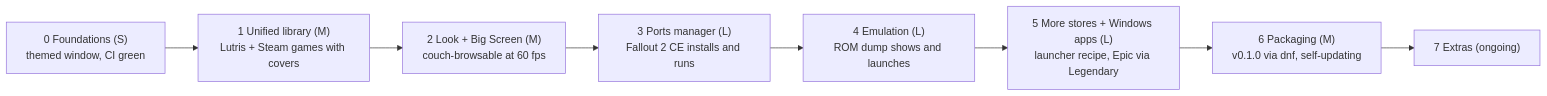
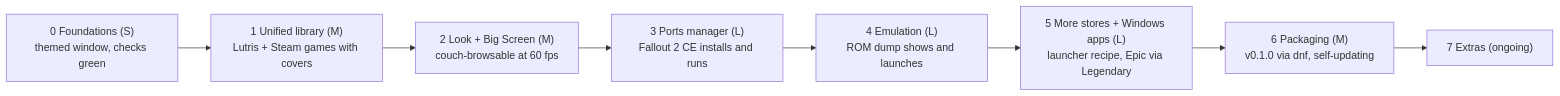
One commit to artsiom-tsaryonau/Marquee changed the second of 2 diagrams in docs/ROADMAP.md. Above: the diagram before and after it, drawn with Mermaid. The commit also changed other lines of this file and 5 other files, not shown here.

````diff
--- a/docs/ROADMAP.md
+++ b/docs/ROADMAP.md
@@ -373,10 +390,10 @@
 ```mermaid
 flowchart LR
-  P0["0 Foundations (S)<br/>themed window, CI green"] --> P1["1 Unified library (M)<br/>Lutris + Steam games with covers"]
+  P0["0 Foundations (S)<br/>themed window, checks green"] --> P1["1 Unified library (M)<br/>Lutris + Steam games with covers"]
   P1 --> P2["2 Look + Big Screen (M)<br/>couch-browsable at 60 fps"]
   P2 --> P3["3 Ports manager (L)<br/>Fallout 2 CE installs and runs"]
   P3 --> P4["4 Emulation (L)<br/>ROM dump shows and launches"]
   P4 --> P5["5 More stores + Windows apps (L)<br/>launcher recipe, Epic via Legendary"]
   P5 --> P6["6 Packaging (M)<br/>v0.1.0 via dnf, self-updating"]
   P6 --> P7["7 Extras (ongoing)"]
 ```
````
